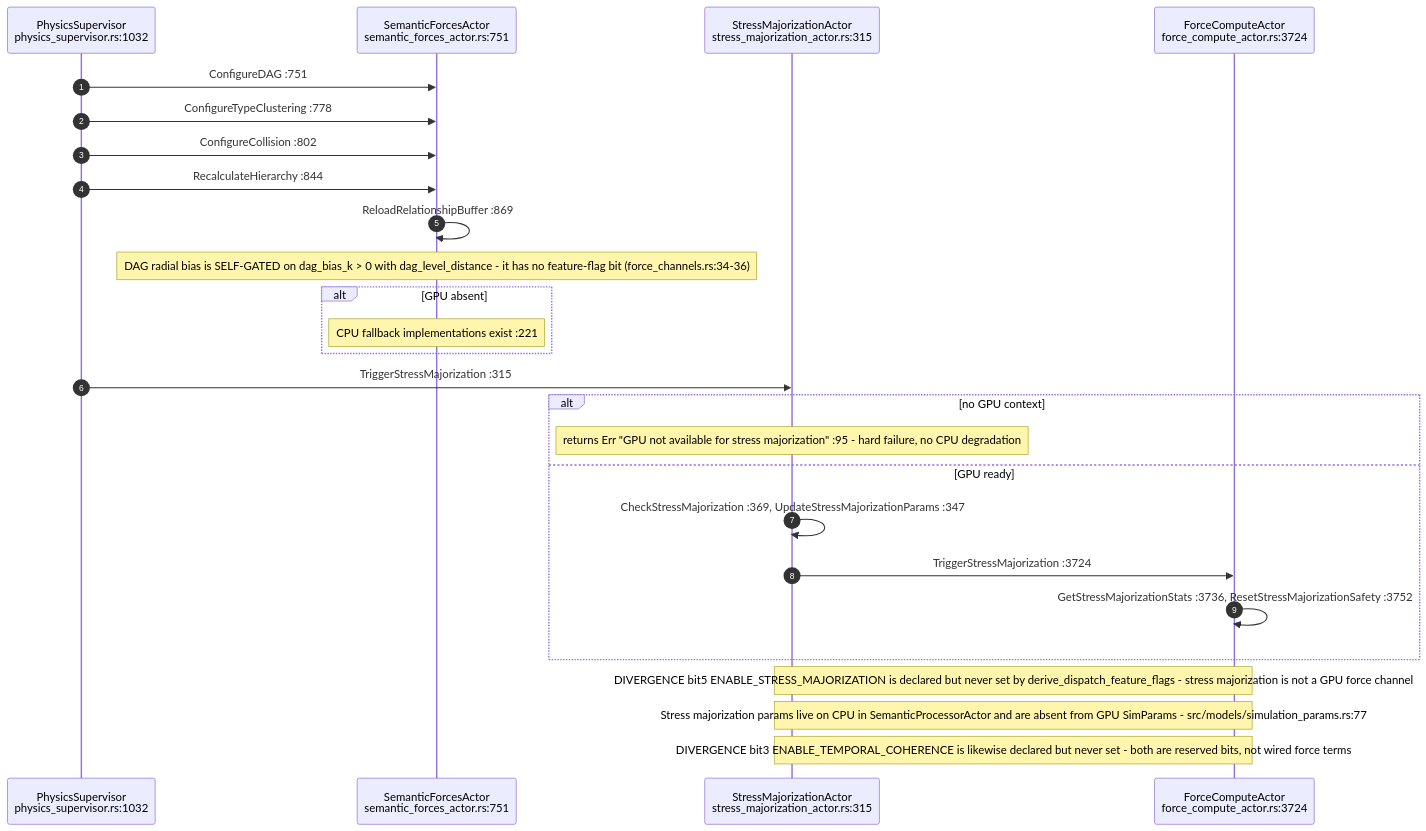
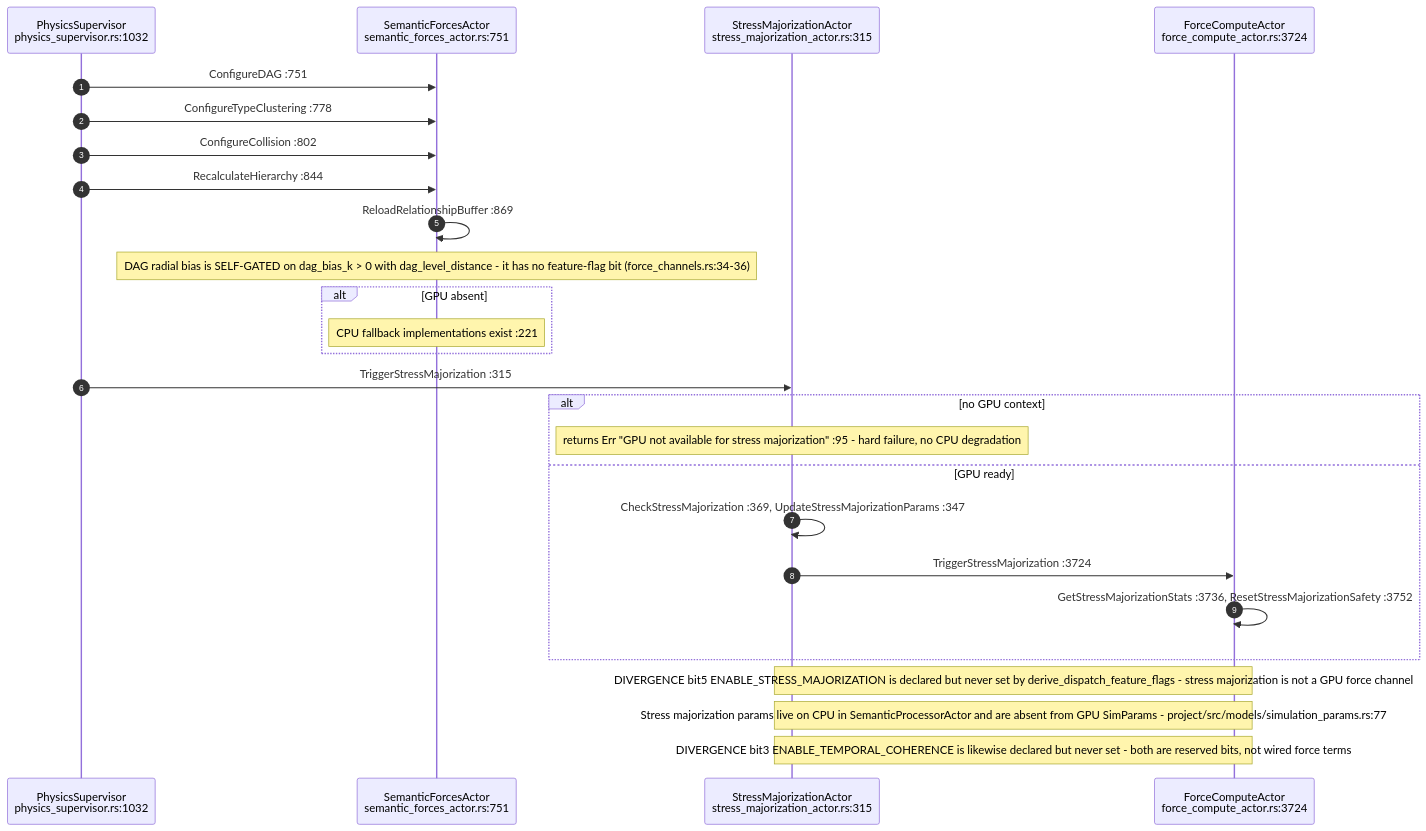
The seventh of 9 diagrams in docs/diagrams/visionclaw/11-physics-step-and-force-channels.md (DreamLab-AI/VisionFlow), drawn with Mermaid before and after one commit. The commit also changed other lines of this file and 185 other files, not shown here.

Commit message:
docs(estate): reconcile diagrams and ADRs with source and define closeout sprint

````diff
--- a/docs/diagrams/visionclaw/11-physics-step-and-force-channels.md
+++ b/docs/diagrams/visionclaw/11-physics-step-and-force-channels.md
@@ -229,29 +229,29 @@
 ```mermaid
 sequenceDiagram
     autonumber
     participant PS as PhysicsSupervisor<br/>physics_supervisor.rs:1032
     participant SFA as SemanticForcesActor<br/>semantic_forces_actor.rs:751
     participant SMA as StressMajorizationActor<br/>stress_majorization_actor.rs:315
     participant FCA as ForceComputeActor<br/>force_compute_actor.rs:3724
 
     PS->>SFA: ConfigureDAG :751
     PS->>SFA: ConfigureTypeClustering :778
     PS->>SFA: ConfigureCollision :802
     PS->>SFA: RecalculateHierarchy :844
     SFA->>SFA: ReloadRelationshipBuffer :869
     Note over SFA: DAG radial bias is SELF-GATED on dag_bias_k > 0 with dag_level_distance - it has no feature-flag bit (force_channels.rs:34-36)
     alt GPU absent
         Note over SFA: CPU fallback implementations exist :221
     end
     PS->>SMA: TriggerStressMajorization :315
     alt no GPU context
         Note over SMA: returns Err "GPU not available for stress majorization" :95 - hard failure, no CPU degradation
     else GPU ready
         SMA->>SMA: CheckStressMajorization :369, UpdateStressMajorizationParams :347
         SMA->>FCA: TriggerStressMajorization :3724
         FCA->>FCA: GetStressMajorizationStats :3736, ResetStressMajorizationSafety :3752
     end
     Note over SMA,FCA: DIVERGENCE bit5 ENABLE_STRESS_MAJORIZATION is declared but never set by derive_dispatch_feature_flags - stress majorization is not a GPU force channel
-    Note over SMA,FCA: Stress majorization params live on CPU in SemanticProcessorActor and are absent from GPU SimParams - src/models/simulation_params.rs:77
+    Note over SMA,FCA: Stress majorization params live on CPU in SemanticProcessorActor and are absent from GPU SimParams - project/src/models/simulation_params.rs:77
     Note over SMA,FCA: DIVERGENCE bit3 ENABLE_TEMPORAL_COHERENCE is likewise declared but never set - both are reserved bits, not wired force terms
 ```
````
